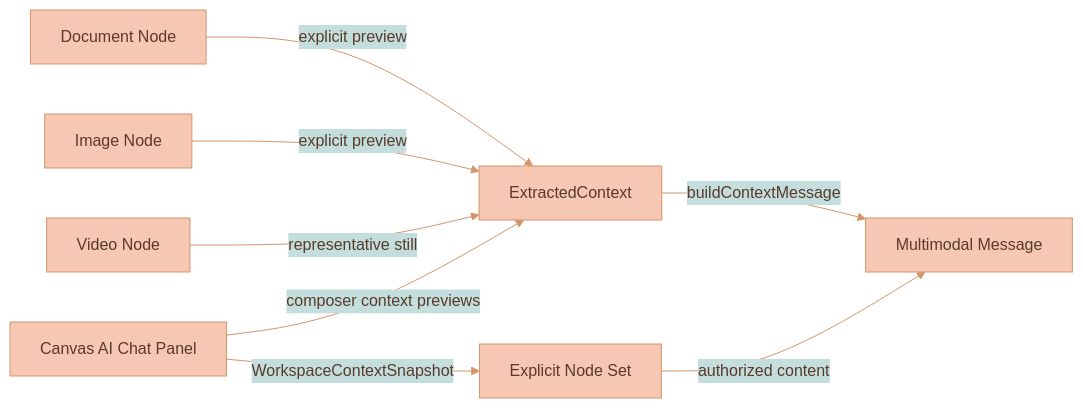
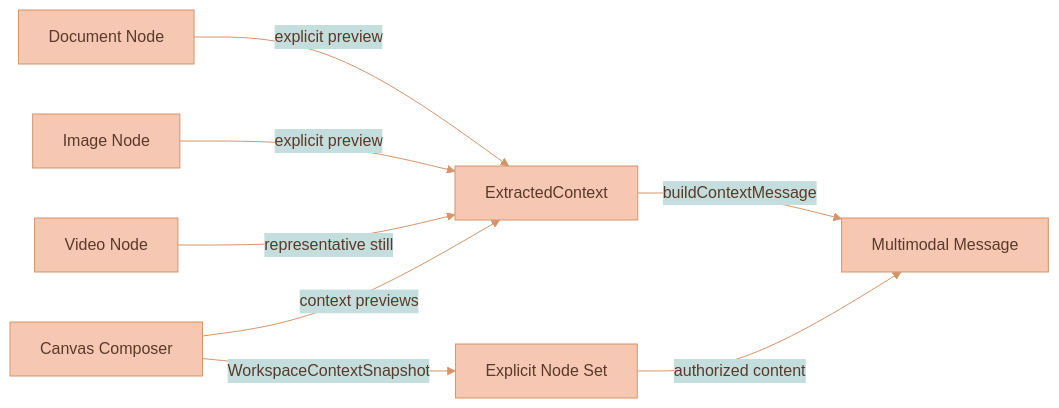
One commit to Lixpi/lixpi changed the second of 3 diagrams in services/web-ui/src/infographics/workspace/README.md. Above: the diagram before and after it, drawn with Mermaid. The commit also changed other lines of this file and 46 other files, not shown here.

````diff
--- a/services/web-ui/src/infographics/workspace/README.md
+++ b/services/web-ui/src/infographics/workspace/README.md
@@ -456,11 +458,11 @@
 ```mermaid
 %%{init: {'theme': 'base', 'themeVariables': { 'primaryColor': '#F6C7B3', 'primaryTextColor': '#5a3a2a', 'primaryBorderColor': '#d4956a', 'secondaryColor': '#C3DEDD', 'secondaryTextColor': '#1a3a47', 'secondaryBorderColor': '#4a8a9d', 'tertiaryColor': '#DCECE9', 'tertiaryTextColor': '#1a3a47', 'tertiaryBorderColor': '#82B2C0', 'lineColor': '#d4956a', 'textColor': '#5a3a2a'}}}%%
 flowchart LR
     DOC[Document Node] -->|explicit preview| CTX[ExtractedContext]
     IMG[Image Node] -->|explicit preview| CTX
     VID[Video Node] -->|representative still| CTX
-    CHAT[Canvas AI Chat Panel] -->|composer context previews| CTX
-    CHAT -->|WorkspaceContextSnapshot| SNAP[Explicit Node Set]
+    COMPOSER[Canvas Composer] -->|context previews| CTX
+    COMPOSER -->|WorkspaceContextSnapshot| SNAP[Explicit Node Set]
     CTX -->|buildContextMessage| MSG[Multimodal Message]
     SNAP -->|authorized content| MSG
 ```
````
